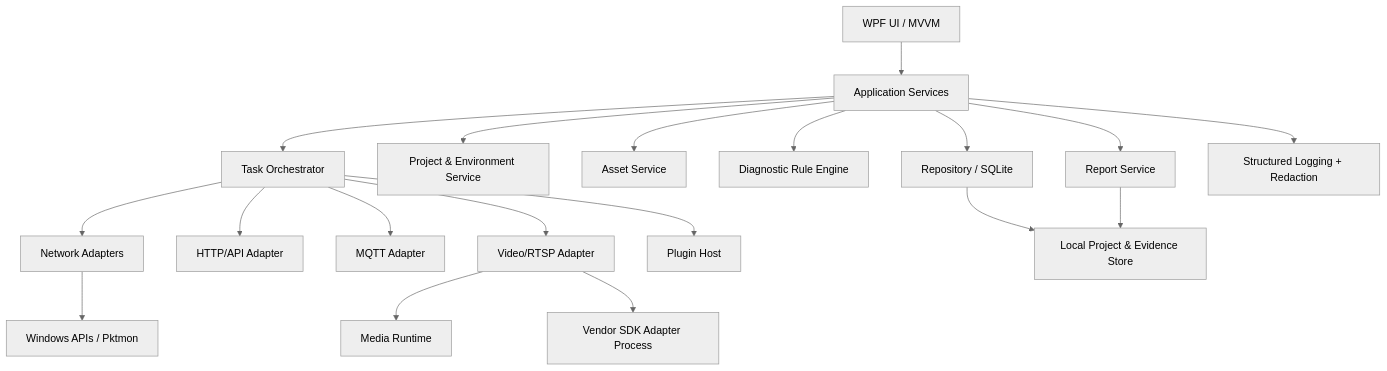
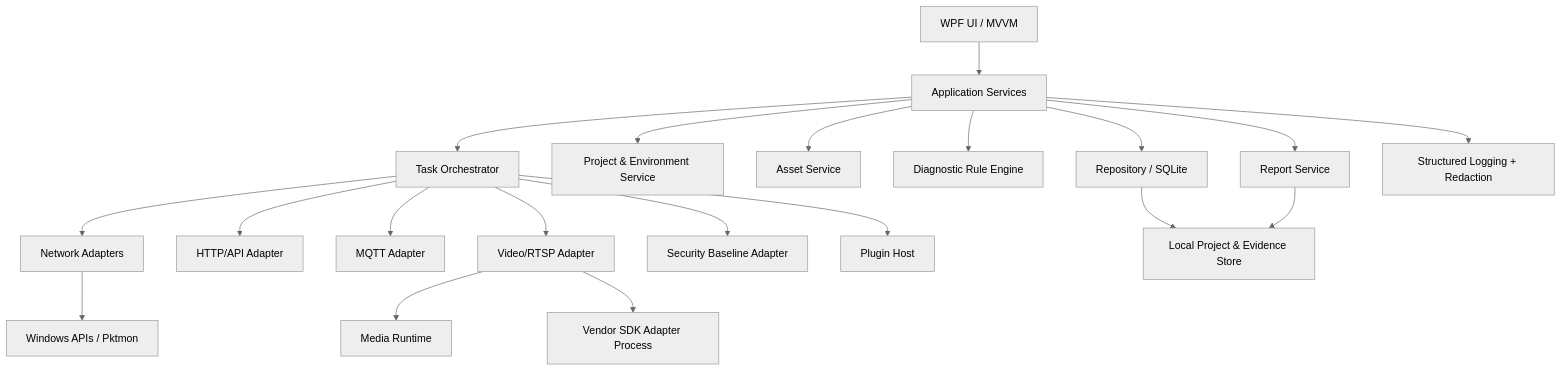
Before and after one commit to CiallorZ/ChinaTower-Tool: the first of 5 diagrams in docs/ARCHITECTURE.md, drawn with Mermaid (neutral theme). The commit also changed other lines of this file and 36 other files, not shown here.

````diff
--- a/docs/ARCHITECTURE.md
+++ b/docs/ARCHITECTURE.md
@@ -21,21 +21,22 @@
 ```mermaid
 flowchart TB
   UI[WPF UI / MVVM] --> APP[Application Services]
   APP --> TASK[Task Orchestrator]
   APP --> PROJECT[Project & Environment Service]
   APP --> ASSET[Asset Service]
   APP --> DIAG[Diagnostic Rule Engine]
   APP --> REPORT[Report Service]
   TASK --> NET[Network Adapters]
   TASK --> API[HTTP/API Adapter]
   TASK --> MQTT[MQTT Adapter]
   TASK --> VIDEO[Video/RTSP Adapter]
+  TASK --> SEC[Security Baseline Adapter]
   TASK --> PLUGIN[Plugin Host]
   NET --> OS[Windows APIs / Pktmon]
   VIDEO --> MEDIA[Media Runtime]
   VIDEO --> VSDK[Vendor SDK Adapter Process]
   APP --> DATA[Repository / SQLite]
   APP --> LOG[Structured Logging + Redaction]
   DATA --> FS[Local Project & Evidence Store]
   REPORT --> FS
 ```
````
